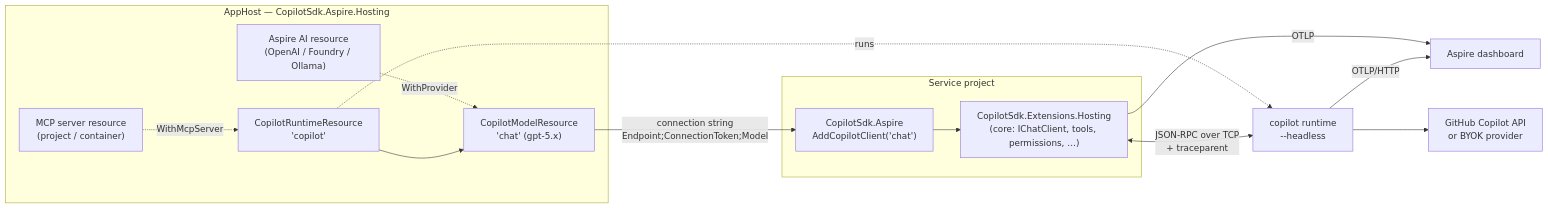
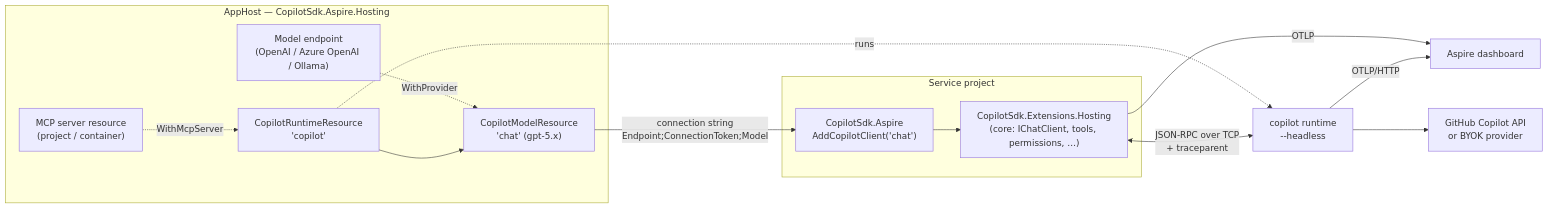
One commit to brunoborges/copilot-sdk-integrations changed the diagram in dotnet-aspire/docs/design.md. Above: the diagram before and after it, drawn with Mermaid. The commit also changed other lines of this file and 5 other files, not shown here.

````diff
--- a/dotnet-aspire/docs/design.md
+++ b/dotnet-aspire/docs/design.md
@@ -70,25 +69,25 @@
 ```mermaid
 flowchart LR
     subgraph AppHost["AppHost — CopilotSdk.Aspire.Hosting"]
         R["CopilotRuntimeResource<br/>'copilot'"]
         M["CopilotModelResource<br/>'chat' (gpt-5.x)"]
         MCP["MCP server resource<br/>(project / container)"]
-        BYOK["Aspire AI resource<br/>(OpenAI / Foundry / Ollama)"]
+        BYOK["Model endpoint<br/>(OpenAI / Azure OpenAI / Ollama)"]
         R --> M
         MCP -. WithMcpServer .-> R
         BYOK -. WithProvider .-> M
     end
 
     subgraph Svc["Service project"]
         AC["CopilotSdk.Aspire<br/>AddCopilotClient('chat')"]
         CORE["CopilotSdk.Extensions.Hosting<br/>(core: IChatClient, tools, permissions, …)"]
         AC --> CORE
     end
 
     M -- "connection string<br/>Endpoint;ConnectionToken;Model" --> AC
     CORE <-- "JSON-RPC over TCP<br/>+ traceparent" --> RT["copilot runtime<br/>--headless"]
     R -. runs .-> RT
     RT -- OTLP/HTTP --> D["Aspire dashboard"]
     CORE -- OTLP --> D
     RT --> GH["GitHub Copilot API<br/>or BYOK provider"]
 ```
````
